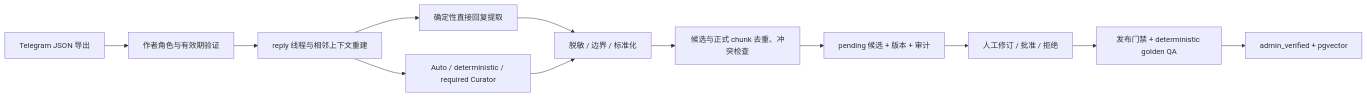
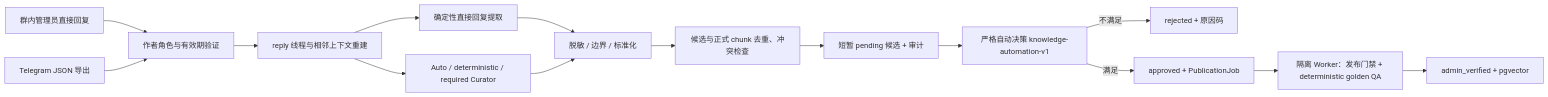
Before and after one commit to spencer17x/xxyy-ask: the diagram in docs/knowledge-evolution.md, drawn with Mermaid. The commit also changed other lines of this file and 34 other files, not shown here.

Commit message:
feat(rag): automate knowledge governance and publication

````diff
--- a/docs/knowledge-evolution.md
+++ b/docs/knowledge-evolution.md
@@ -7,14 +7,17 @@
 ```mermaid
 flowchart LR
-  Export["Telegram JSON 导出"] --> Role["作者角色与有效期验证"]
+  Live["群内管理员直接回复"] --> Role["作者角色与有效期验证"]
+  Export["Telegram JSON 导出"] --> Role
   Role --> Thread["reply 线程与相邻上下文重建"]
   Thread --> Rules["确定性直接回复提取"]
   Thread --> Agent["Auto / deterministic / required Curator"]
   Rules --> Guard["脱敏 / 边界 / 标准化"]
   Agent --> Guard
   Guard --> Match["候选与正式 chunk 去重、冲突检查"]
-  Match --> Pending["pending 候选 + 版本 + 审计"]
-  Pending --> Review["人工修订 / 批准 / 拒绝"]
-  Review --> Gate["发布门禁 + deterministic golden QA"]
+  Match --> Pending["短暂 pending 候选 + 审计"]
+  Pending --> Policy["严格自动决策 knowledge-automation-v1"]
+  Policy -->|不满足| Rejected["rejected + 原因码"]
+  Policy -->|满足| Queue["approved + PublicationJob"]
+  Queue --> Gate["隔离 Worker：发布门禁 + deterministic golden QA"]
   Gate --> Published["admin_verified + pgvector"]
 ```
````
